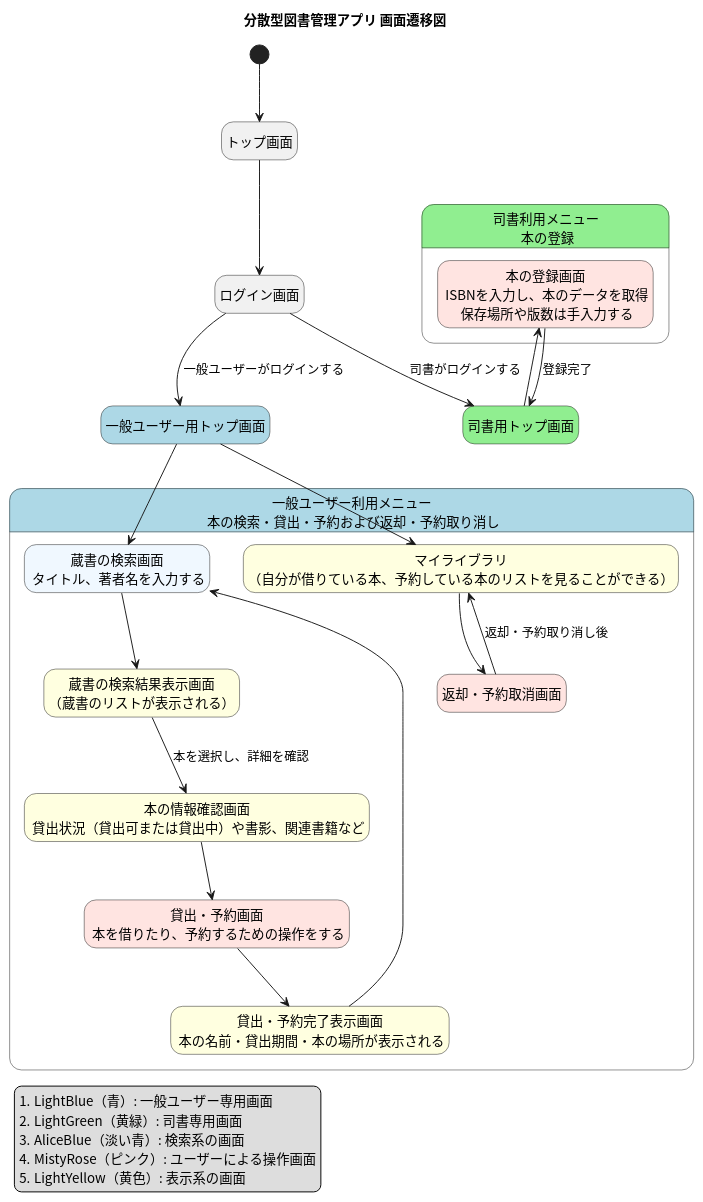
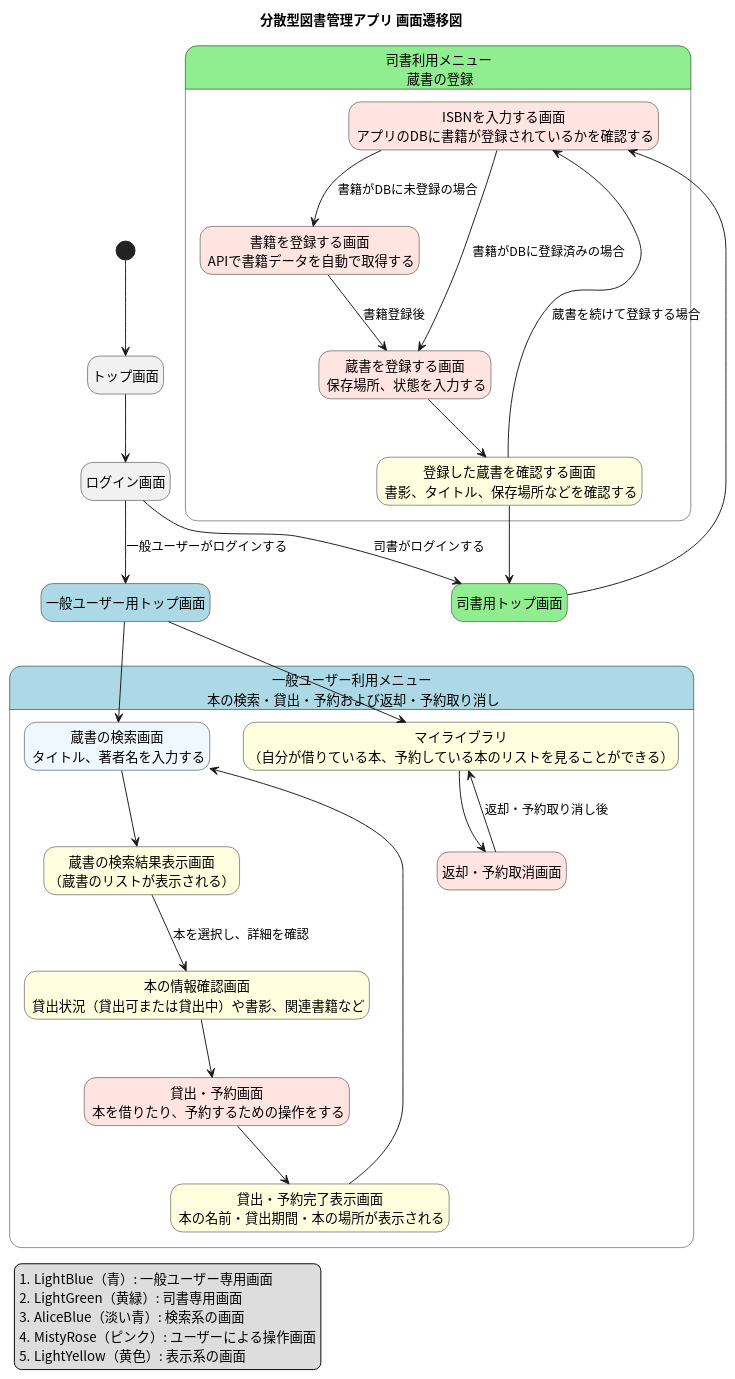
Before and after one commit to tomoki-shiozaki/distributed-library: the diagram in docs/screen_flow/screen_flow_diagram.pu, drawn with PlantUML. The commit also changed 1 other file, not shown here.

Commit message:
docs(screen flow): update screen flow diagram

```diff
--- a/docs/screen_flow/screen_flow_diagram.pu
+++ b/docs/screen_flow/screen_flow_diagram.pu
@@ -1,65 +1,71 @@
 @startuml screen_flow
 skinparam defaultFontName "Noto Sans CJK JP"
 hide empty description
 
 title 分散型図書管理アプリ 画面遷移図   
 
 legend left
 #LightBlue（青）: 一般ユーザー専用画面
 #LightGreen（黄緑）: 司書専用画面
 #AliceBlue（淡い青）: 検索系の画面
 #MistyRose（ピンク）: ユーザーによる操作画面
 #LightYellow（黄色）: 表示系の画面
 end legend
 
 [*] --> notLogin
 
     state "トップ画面" as notLogin
     state "ログイン画面" as login
     state "一般ユーザー用トップ画面" as user #LightBlue
     state "司書用トップ画面" as librarian #LightGreen
     notLogin --> login 
     login --> user : 一般ユーザーがログインする
     login --> librarian : 司書がログインする
 
 
-state "司書利用メニュー\n 本の登録" as bookManagement #LightGreen {
-    state "本の登録画面\n ISBNを入力し、本のデータを取得\n 保存場所や版数は手入力する" as bookRegistration <<操作>>
+state "司書利用メニュー\n 蔵書の登録" as bookManagement #LightGreen {
+    state "ISBNを入力する画面\n アプリのDBに書籍が登録されているかを確認する" as isbnCheckForm <<操作>>
+    state "書籍を登録する画面\n APIで書籍データを自動で取得する" as bookCreate <<操作>>
+    state "蔵書を登録する画面\n 保存場所、状態を入力する" as copyCreate <<操作>>
+    state "登録した蔵書を確認する画面\n 書影、タイトル、保存場所などを確認する" as copyConfirm <<表示>>
 }
-librarian --> bookRegistration
-bookRegistration --> librarian : 登録完了
-
-
+librarian --> isbnCheckForm
+isbnCheckForm --> bookCreate : 書籍がDBに未登録の場合
+isbnCheckForm --> copyCreate : 書籍がDBに登録済みの場合
+bookCreate --> copyCreate : 書籍登録後
+copyCreate --> copyConfirm
+copyConfirm --> librarian
+copyConfirm --> isbnCheckForm : 蔵書を続けて登録する場合
 
 state "一般ユーザー利用メニュー\n 本の検索・貸出・予約および返却・予約取り消し" as bookUse #LightBlue {
     state "蔵書の検索画面\n タイトル、著者名を入力する" as bookSearch <<検索>> 
     state "蔵書の検索結果表示画面\n（蔵書のリストが表示される）" as searchResult <<表示>>
     state "本の情報確認画面\n 貸出状況（貸出可または貸出中）や書影、関連書籍など" as bookStatus <<表示>>
     state "貸出・予約画面\n 本を借りたり、予約するための操作をする" as borrowAndBook <<操作>>
     state "貸出・予約完了表示画面\n 本の名前・貸出期間・本の場所が表示される" as borrowCompletion <<表示>>
     
     state "マイライブラリ\n（自分が借りている本、予約している本のリストを見ることができる）" as borrowingBooks <<表示>>
     state "返却・予約取消画面" as returnAndCancelReservation <<操作>>
 
     ' 本の貸出の流れ
     bookSearch --> searchResult
     searchResult --> bookStatus : 本を選択し、詳細を確認
     bookStatus --> borrowAndBook
     borrowAndBook --> borrowCompletion
     borrowCompletion --> bookSearch 
     
     ' 本の返却の流れ
     borrowingBooks --> returnAndCancelReservation
     returnAndCancelReservation --> borrowingBooks : 返却・予約取り消し後
 }
 user --> bookSearch
 user --> borrowingBooks
 
 skinparam state {
   BackgroundColor<<検索>> AliceBlue
   BackgroundColor<<操作>> MistyRose
   BackgroundColor<<表示>> LightYellow
 }
 
 
 @enduml
```
